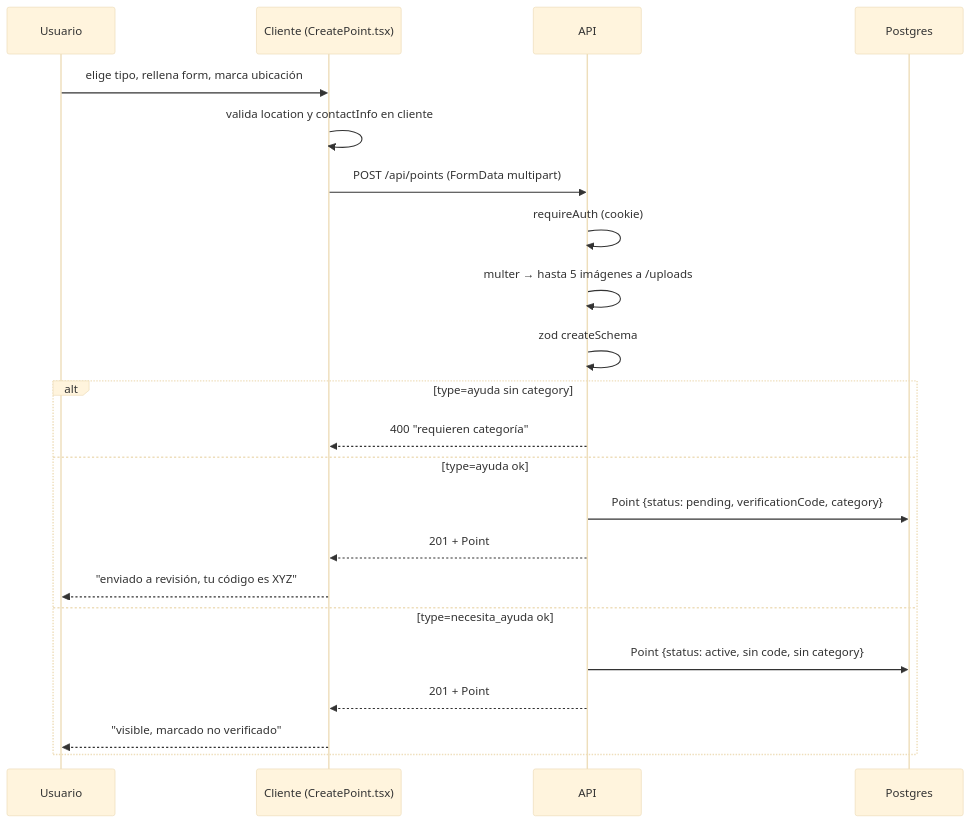
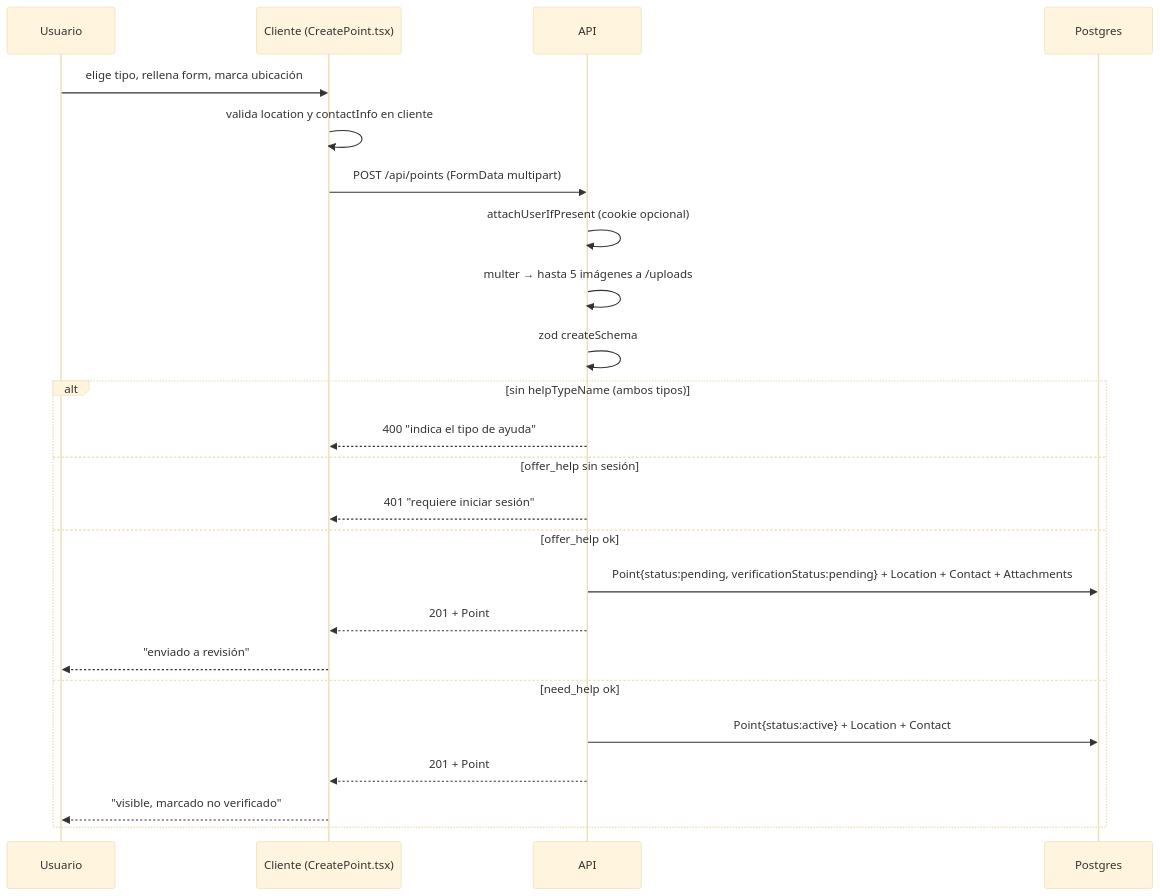
Before and after one commit to santigou/ayudaporcolombia: the diagram in docs/obsidian/Flujo de creación de un Punto.md, drawn with Mermaid (base theme). The commit also changed other lines of this file and 62 other files, not shown here.

````diff
--- a/docs/obsidian/Flujo de creación de un Punto.md
+++ b/docs/obsidian/Flujo de creación de un Punto.md
@@ -18,24 +19,26 @@
 ```mermaid
 sequenceDiagram
     participant U as Usuario
     participant C as Cliente (CreatePoint.tsx)
     participant A as API
     participant DB as Postgres
     U->>C: elige tipo, rellena form, marca ubicación
     C->>C: valida location y contactInfo en cliente
     C->>A: POST /api/points (FormData multipart)
-    A->>A: requireAuth (cookie)
+    A->>A: attachUserIfPresent (cookie opcional)
     A->>A: multer → hasta 5 imágenes a /uploads
     A->>A: zod createSchema
-    alt type=ayuda sin category
-        A-->>C: 400 "requieren categoría"
-    else type=ayuda ok
-        A->>DB: Point {status: pending, verificationCode, category}
+    alt sin helpTypeName (ambos tipos)
+        A-->>C: 400 "indica el tipo de ayuda"
+    else offer_help sin sesión
+        A-->>C: 401 "requiere iniciar sesión"
+    else offer_help ok
+        A->>DB: Point{status:pending, verificationStatus:pending} + Location + Contact + Attachments
         A-->>C: 201 + Point
-        C-->>U: "enviado a revisión, tu código es XYZ"
-    else type=necesita_ayuda ok
-        A->>DB: Point {status: active, sin code, sin category}
+        C-->>U: "enviado a revisión"
+    else need_help ok
+        A->>DB: Point{status:active} + Location + Contact
         A-->>C: 201 + Point
         C-->>U: "visible, marcado no verificado"
     end
 ```
````
